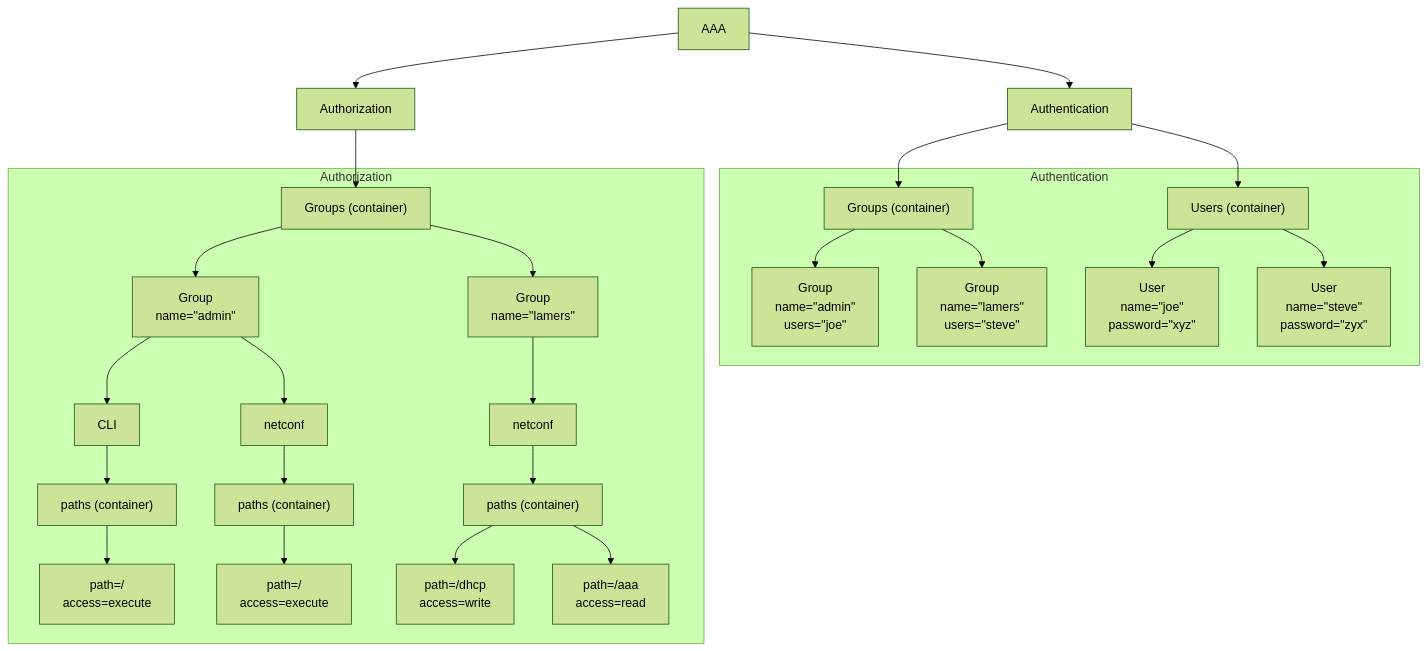
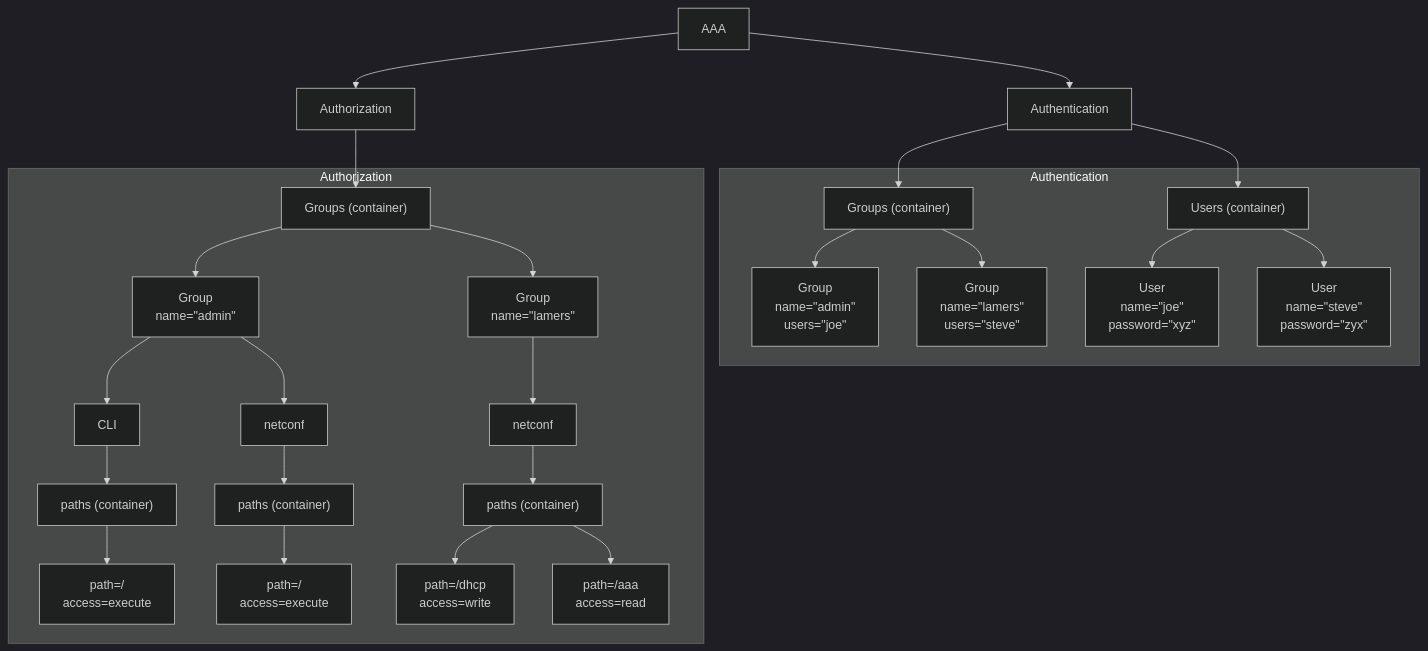
One commit to fnchooft/fabcore-organzation changed the diagram in getting-started/mermaid/README.md. Above: the diagram before and after it, drawn with Mermaid.

Commit message:
[MERMAID] Theme in graph/dark

````diff
--- a/getting-started/mermaid/README.md
+++ b/getting-started/mermaid/README.md
@@ -15,64 +15,64 @@
 ```mermaid
-%%{init: {'theme':'forest'}}%%
+%%{init: {'theme':'dark'}}%%
 graph TD
     AAA_Root["AAA"]
 
     %% Authentication Branch
     Node_AuthN["Authentication"]
     AAA_Root --> Node_AuthN
 
     subgraph S_Authentication [Authentication]
         Node_AuthN_GroupsContainer["Groups (container)"]
         Node_AuthN_GroupAdmin["Group<br/>name=&quot;admin&quot;<br/>users=&quot;joe&quot;"]
         Node_AuthN_GroupLamers["Group<br/>name=&quot;lamers&quot;<br/>users=&quot;steve&quot;"]
         Node_AuthN_UsersContainer["Users (container)"]
         Node_AuthN_UserJoe["User<br/>name=&quot;joe&quot;<br/>password=&quot;xyz&quot;"]
         Node_AuthN_UserSteve["User<br/>name=&quot;steve&quot;<br/>password=&quot;zyx&quot;"]
     end
     Node_AuthN --> Node_AuthN_GroupsContainer
     Node_AuthN_GroupsContainer --> Node_AuthN_GroupAdmin
     Node_AuthN_GroupsContainer --> Node_AuthN_GroupLamers
     Node_AuthN --> Node_AuthN_UsersContainer
     Node_AuthN_UsersContainer --> Node_AuthN_UserJoe
     Node_AuthN_UsersContainer --> Node_AuthN_UserSteve
 
     %% Authorization Branch
     Node_AuthZ["Authorization"]
     AAA_Root --> Node_AuthZ
 
     subgraph S_Authorization [Authorization]
         Node_AuthZ_GroupsContainer["Groups (container)"]
 
         Node_AuthZ_GroupAdmin["Group<br/>name=&quot;admin&quot;"]
         Node_AuthZ_Admin_CLI["CLI"]
         Node_AuthZ_Admin_CLI_PathsContainer["paths (container)"]
         Node_AuthZ_Admin_CLI_PathExecute["path=/ <br/>access=execute"]
 
         Node_AuthZ_Admin_Netconf["netconf"]
         Node_AuthZ_Admin_Netconf_PathsContainer["paths (container)"]
         Node_AuthZ_Admin_Netconf_PathExecute["path=/ <br/>access=execute"]
 
 
         Node_AuthZ_GroupLamers["Group<br/>name=&quot;lamers&quot;"]
         Node_AuthZ_Lamers_Netconf["netconf"]
         Node_AuthZ_Lamers_Netconf_PathsContainer["paths (container)"]
         Node_AuthZ_Lamers_Netconf_PathDhcpWrite["path=/dhcp <br/>access=write"]
         Node_AuthZ_Lamers_Netconf_PathAaaRead["path=/aaa <br/>access=read"]
     end
     Node_AuthZ --> Node_AuthZ_GroupsContainer
 
     Node_AuthZ_GroupsContainer --> Node_AuthZ_GroupAdmin
     Node_AuthZ_GroupAdmin --> Node_AuthZ_Admin_CLI
     Node_AuthZ_Admin_CLI --> Node_AuthZ_Admin_CLI_PathsContainer
     Node_AuthZ_Admin_CLI_PathsContainer --> Node_AuthZ_Admin_CLI_PathExecute
 
     Node_AuthZ_GroupAdmin --> Node_AuthZ_Admin_Netconf
     Node_AuthZ_Admin_Netconf --> Node_AuthZ_Admin_Netconf_PathsContainer
     Node_AuthZ_Admin_Netconf_PathsContainer --> Node_AuthZ_Admin_Netconf_PathExecute
 
     Node_AuthZ_GroupsContainer --> Node_AuthZ_GroupLamers
     Node_AuthZ_GroupLamers --> Node_AuthZ_Lamers_Netconf
     Node_AuthZ_Lamers_Netconf --> Node_AuthZ_Lamers_Netconf_PathsContainer
     Node_AuthZ_Lamers_Netconf_PathsContainer --> Node_AuthZ_Lamers_Netconf_PathDhcpWrite
     Node_AuthZ_Lamers_Netconf_PathsContainer --> Node_AuthZ_Lamers_Netconf_PathAaaRead
 ```
````
